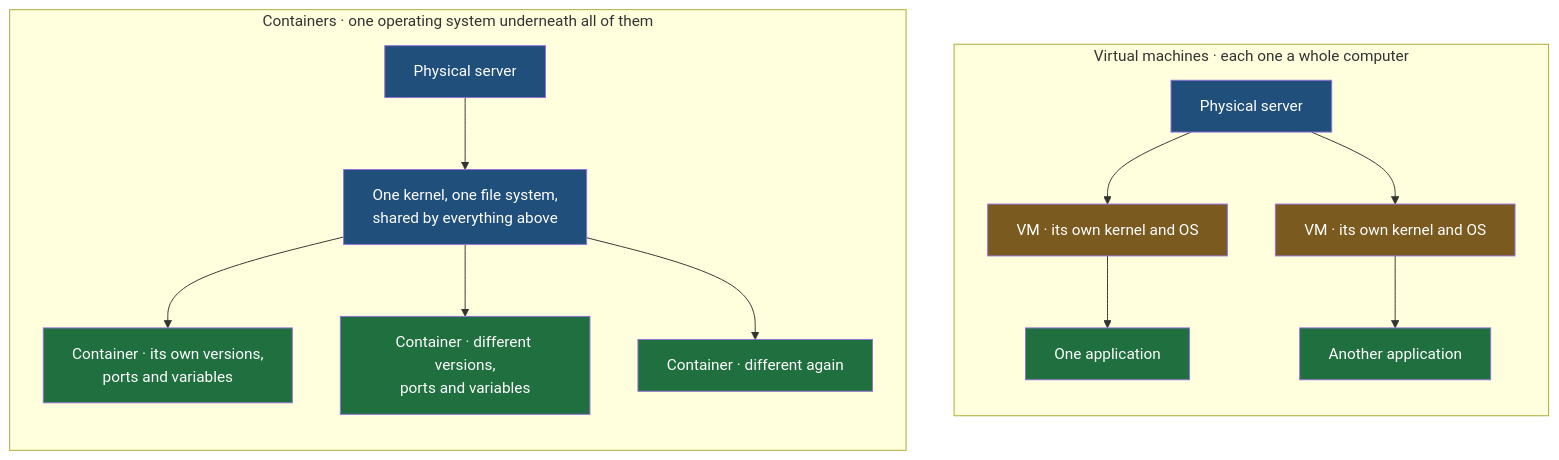
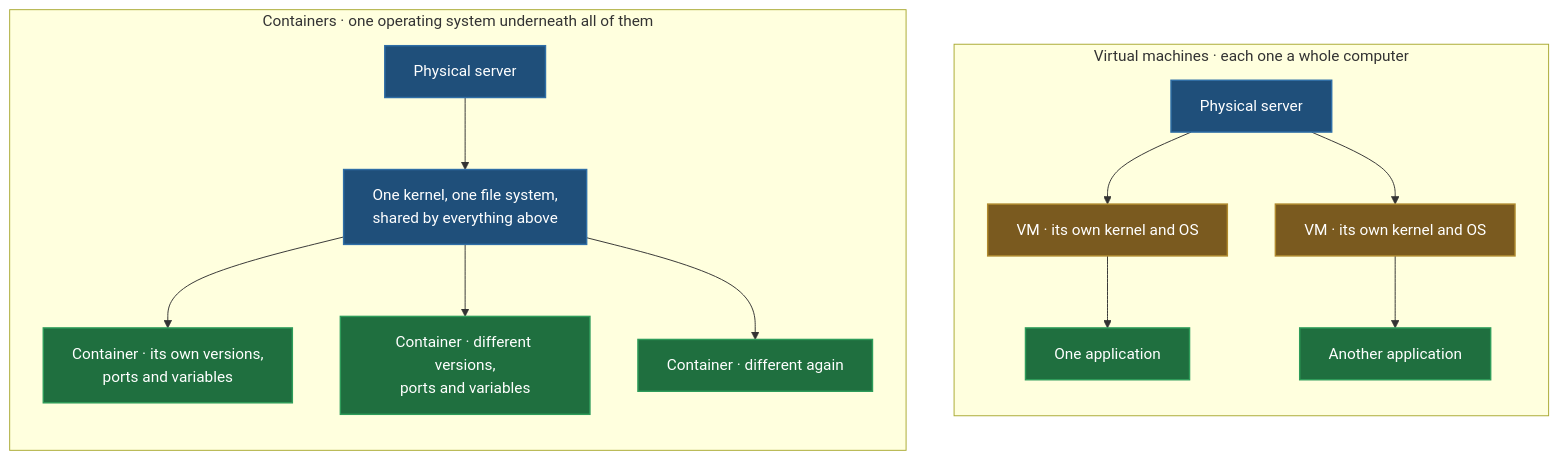
Before and after one commit to Dummy-Bug/system-design-handbook: the fourth of 4 diagrams in Devops/07-Docker/01-Why-Containers-Exist.md, drawn with Mermaid. The commit also changed other lines of this file and 5 other files, not shown here.

````diff
--- a/Devops/07-Docker/01-Why-Containers-Exist.md
+++ b/Devops/07-Docker/01-Why-Containers-Exist.md
@@ -125,27 +130,23 @@
 ```mermaid
 flowchart TB
     subgraph VMS["Virtual machines · each one a whole computer"]
         direction TB
         H1["Physical server"] --> K1["VM · its own kernel and OS"]
         H1 --> K2["VM · its own kernel and OS"]
         K1 --> P1["One application"]
         K2 --> P2["Another application"]
     end
     subgraph CON["Containers · one operating system underneath all of them"]
         direction TB
         H2["Physical server"] --> OS["One kernel, one file system,<br/>shared by everything above"]
         OS --> C1["Container · its own versions,<br/>ports and variables"]
         OS --> C2["Container · different versions,<br/>ports and variables"]
         OS --> C3["Container · different again"]
     end
-    style H1 fill:#1f4f7a,color:#fff
-    style K1 fill:#7a5a1f,color:#fff
-    style K2 fill:#7a5a1f,color:#fff
-    style P1 fill:#1f6f3f,color:#fff
-    style P2 fill:#1f6f3f,color:#fff
-    style H2 fill:#1f4f7a,color:#fff
-    style OS fill:#1f4f7a,color:#fff
-    style C1 fill:#1f6f3f,color:#fff
-    style C2 fill:#1f6f3f,color:#fff
-    style C3 fill:#1f6f3f,color:#fff
+    classDef mech fill:#1f4f7a,stroke:#2f6ea6,stroke-width:1.5px,color:#fff
+    classDef good fill:#1f6f3f,stroke:#2e9c5a,stroke-width:1.5px,color:#fff
+    classDef step fill:#7a5a1f,stroke:#b08a2e,stroke-width:1.5px,color:#fff
+    class H1,H2,OS mech
+    class P1,P2,C1,C2,C3 good
+    class K1,K2 step
 ```
````
